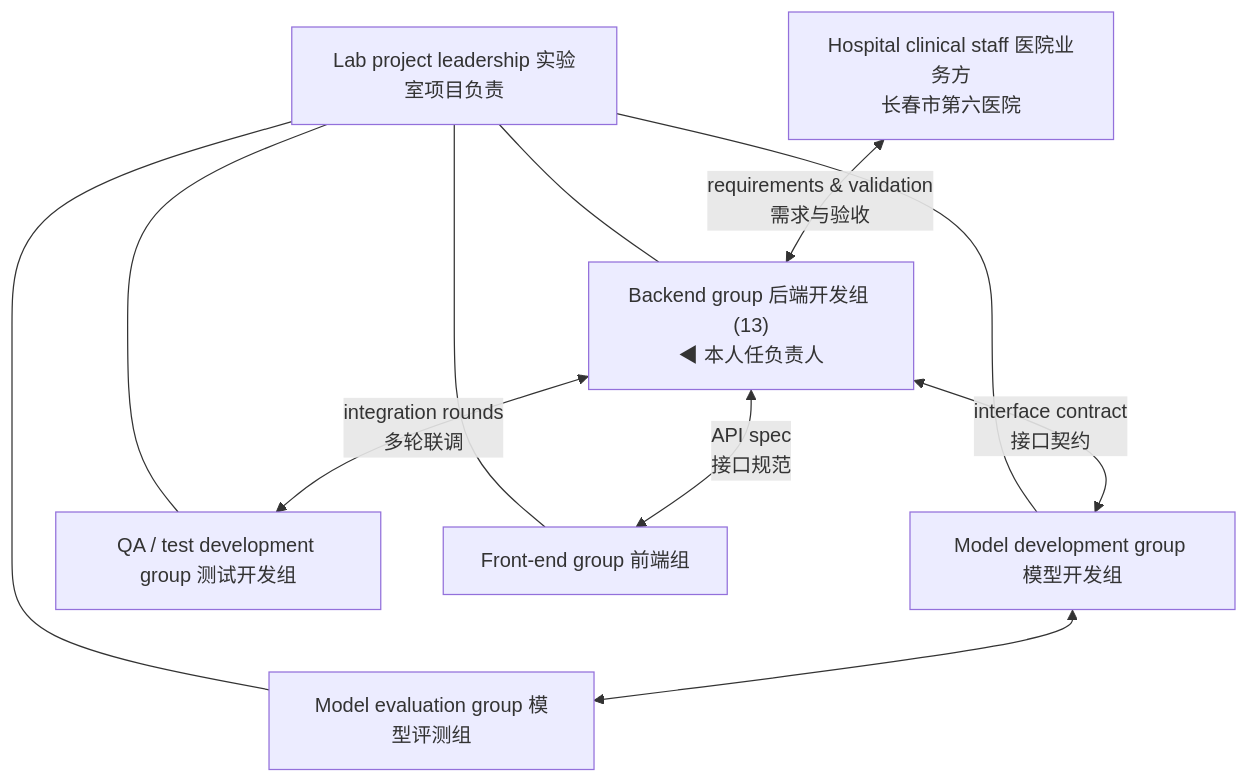
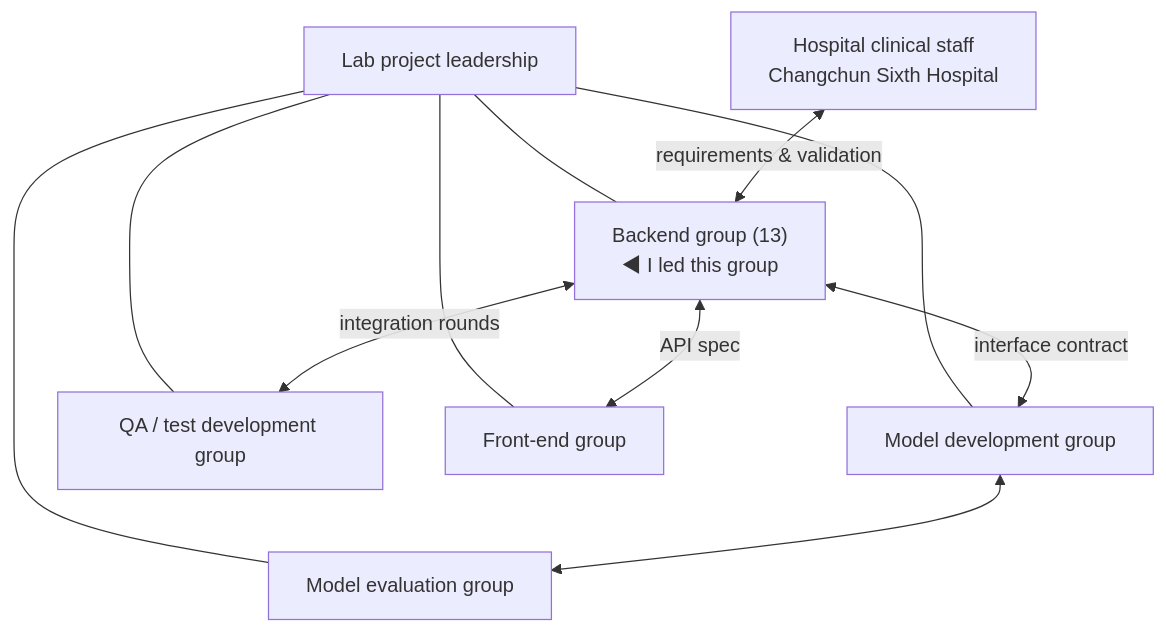
One commit to Hanwen-Tao/project-portfolio changed the third of 3 diagrams in docs/03-mental-health-digital-twin.md. Above: the diagram before and after it, drawn with Mermaid. The commit also changed other lines of this file and 11 other files, not shown here.

````diff
--- a/docs/03-mental-health-digital-twin.md
+++ b/docs/03-mental-health-digital-twin.md
@@ -148,17 +160,17 @@
 ```mermaid
 flowchart TD
-    H["Hospital clinical staff 医院业务方<br/>长春市第六医院"]
-    L["Lab project leadership 实验室项目负责"]
-    ME["Model development group 模型开发组"]
-    EV["Model evaluation group 模型评测组"]
-    QA["QA / test development group 测试开发组"]
-    BE["Backend group 后端开发组 (13)<br/>◀ 本人任负责人"]
-    FE["Front-end group 前端组"]
+    H["Hospital clinical staff<br/>Changchun Sixth Hospital"]
+    L["Lab project leadership"]
+    ME["Model development group"]
+    EV["Model evaluation group"]
+    QA["QA / test development group"]
+    BE["Backend group (13)<br/>◀ I led this group"]
+    FE["Front-end group"]
 
     L --- BE & ME & EV & QA & FE
-    H <-->|"requirements & validation<br/>需求与验收"| BE
-    BE <-->|"interface contract<br/>接口契约"| ME
-    BE <-->|"integration rounds<br/>多轮联调"| QA
-    BE <-->|"API spec<br/>接口规范"| FE
+    H <-->|"requirements & validation"| BE
+    BE <-->|"interface contract"| ME
+    BE <-->|"integration rounds"| QA
+    BE <-->|"API spec"| FE
     ME <--> EV
 ```
````
